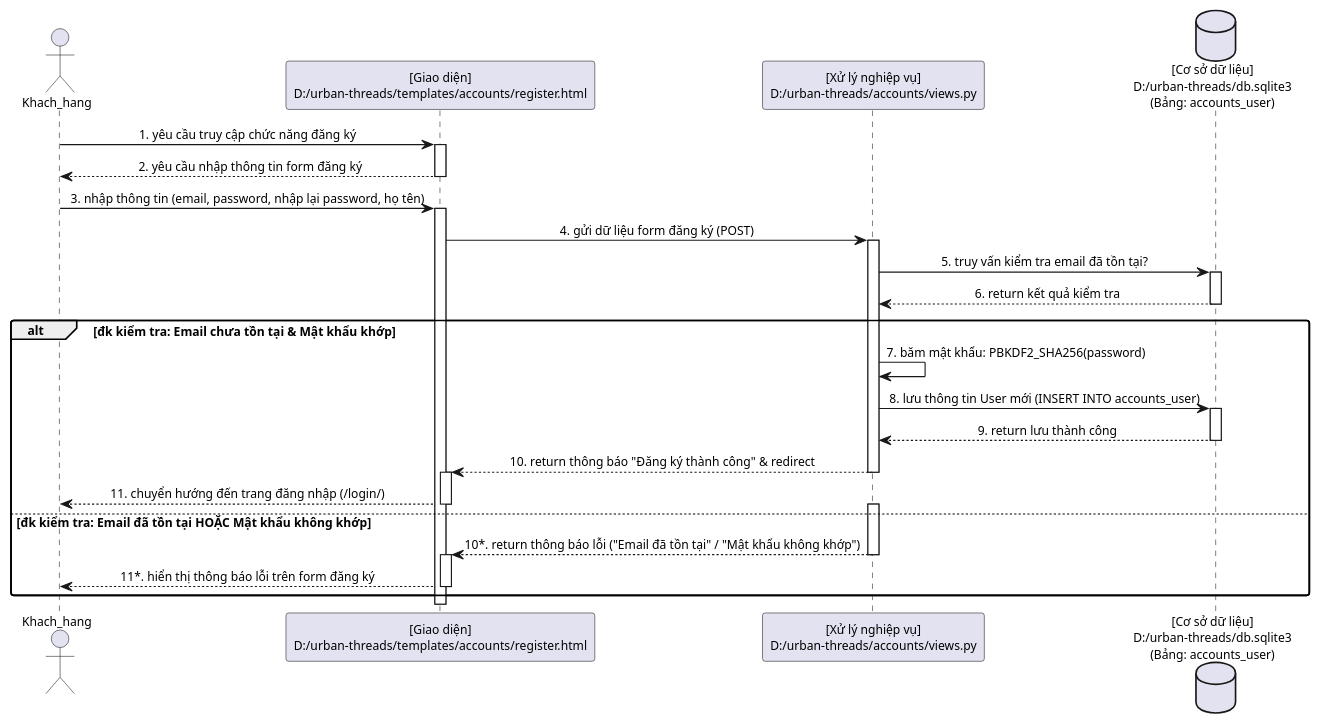
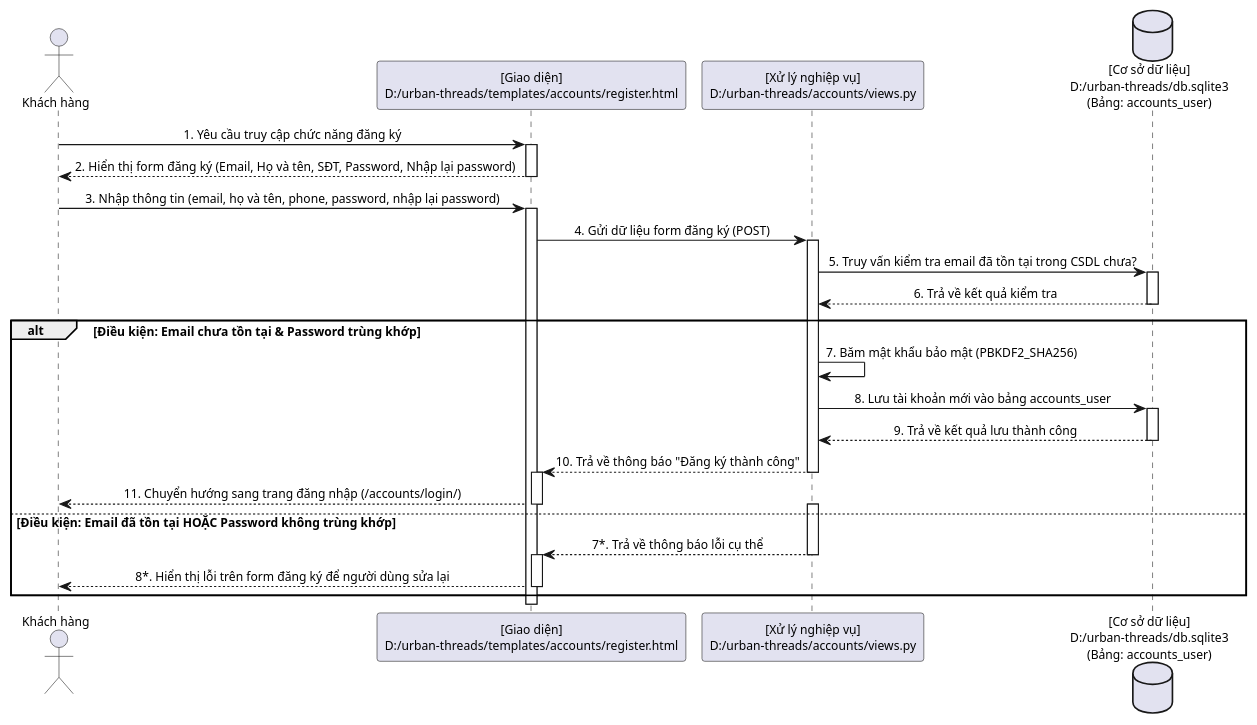
The diagram in use_cases/sequence_dang_ky.puml (HNKILLNET404/lehainam_24ct1_cnpm), drawn with PlantUML before and after one commit. The commit also changed 3 other files, not shown here.

Commit message:
update: Cap nhat 4 bieu do tuan tu PlantUML voi chu thich duong dan o D va STT cac buoc

```diff
--- a/use_cases/sequence_dang_ky.puml
+++ b/use_cases/sequence_dang_ky.puml
@@ -1,51 +1,50 @@
 @startuml
 skinparam sequenceMessageAlign center
-skinparam roundcorner 5
 skinparam shadowing false
 skinparam defaultFontName Arial
 skinparam defaultFontSize 11
 
-actor "Khach_hang" as User
+actor "Khách hàng" as User
 participant "[Giao diện]\nD:/urban-threads/templates/accounts/register.html" as UI
 participant "[Xử lý nghiệp vụ]\nD:/urban-threads/accounts/views.py" as BE
 database "[Cơ sở dữ liệu]\nD:/urban-threads/db.sqlite3\n(Bảng: accounts_user)" as DB
 
-box "tên chức năng: Đăng ký tài khoản" #LightYellow
+box "Tên chức năng: Đăng ký tài khoản" #LightYellow
 end box
 
-User -> UI : 1. yêu cầu truy cập chức năng đăng ký
+User -> UI : 1. Yêu cầu truy cập chức năng đăng ký
 activate UI
-UI --> User : 2. yêu cầu nhập thông tin form đăng ký
+UI --> User : 2. Hiển thị form đăng ký (Email, Họ và tên, SĐT, Password, Nhập lại password)
 deactivate UI
 
-User -> UI : 3. nhập thông tin (email, password, nhập lại password, họ tên)
+User -> UI : 3. Nhập thông tin (email, họ và tên, phone, password, nhập lại password)
 activate UI
-UI -> BE : 4. gửi dữ liệu form đăng ký (POST)
+UI -> BE : 4. Gửi dữ liệu form đăng ký (POST)
 activate BE
 
-BE -> DB : 5. truy vấn kiểm tra email đã tồn tại?
+BE -> DB : 5. Truy vấn kiểm tra email đã tồn tại trong CSDL chưa?
 activate DB
-DB --> BE : 6. return kết quả kiểm tra
+DB --> BE : 6. Trả về kết quả kiểm tra
 deactivate DB
 
-alt đk kiểm tra: Email chưa tồn tại & Mật khẩu khớp
-    BE -> BE : 7. băm mật khẩu: PBKDF2_SHA256(password)
-    BE -> DB : 8. lưu thông tin User mới (INSERT INTO accounts_user)
+alt Điều kiện: Email chưa tồn tại & Password trùng khớp
+    BE -> BE : 7. Băm mật khẩu bảo mật (PBKDF2_SHA256)
+    BE -> DB : 8. Lưu tài khoản mới vào bảng accounts_user
     activate DB
-    DB --> BE : 9. return lưu thành công
+    DB --> BE : 9. Trả về kết quả lưu thành công
     deactivate DB
-    BE --> UI : 10. return thông báo "Đăng ký thành công" & redirect
+    BE --> UI : 10. Trả về thông báo "Đăng ký thành công"
     deactivate BE
     activate UI
-    UI --> User : 11. chuyển hướng đến trang đăng nhập (/login/)
+    UI --> User : 11. Chuyển hướng sang trang đăng nhập (/accounts/login/)
     deactivate UI
-else đk kiểm tra: Email đã tồn tại HOẶC Mật khẩu không khớp
+else Điều kiện: Email đã tồn tại HOẶC Password không trùng khớp
     activate BE
-    BE --> UI : 10*. return thông báo lỗi ("Email đã tồn tại" / "Mật khẩu không khớp")
+    BE --> UI : 7*. Trả về thông báo lỗi cụ thể
     deactivate BE
     activate UI
-    UI --> User : 11*. hiển thị thông báo lỗi trên form đăng ký
+    UI --> User : 8*. Hiển thị lỗi trên form đăng ký để người dùng sửa lại
     deactivate UI
 end
 
 @enduml
```
